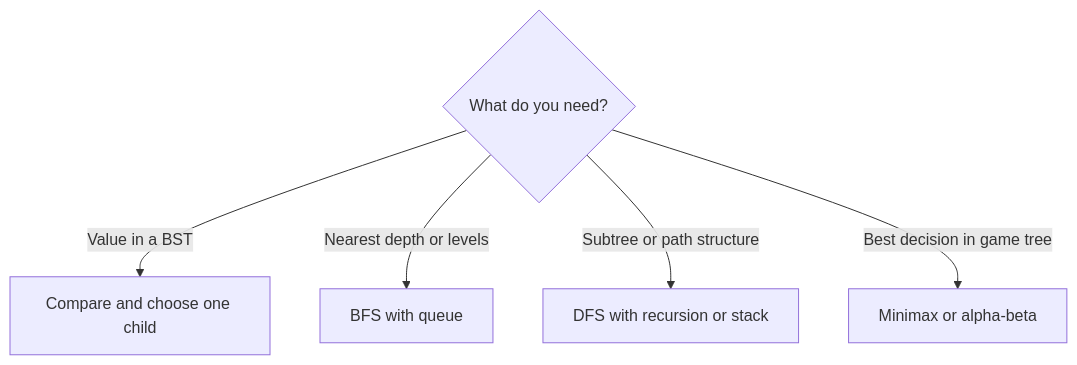
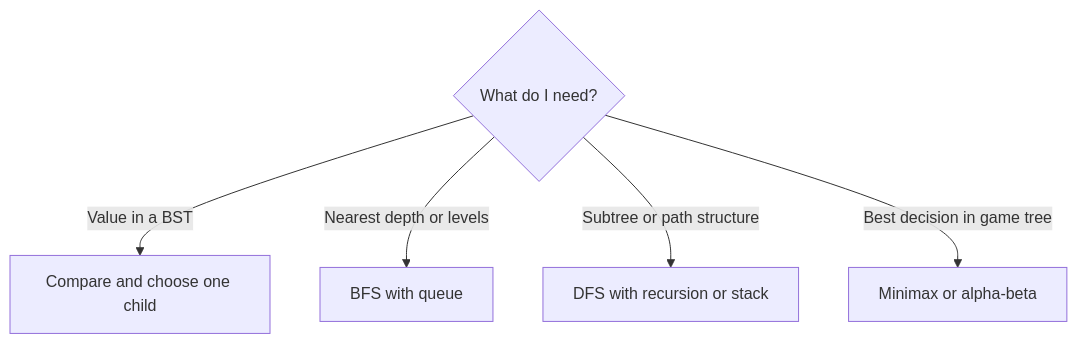
Before and after one commit to Valentina17varela/software-craftsmanship: the diagram in notes/algorithms/7.tree_search.md, drawn with Mermaid. The commit also changed other lines of this file and 33 other files, not shown here.

````diff
--- a/notes/algorithms/7.tree_search.md
+++ b/notes/algorithms/7.tree_search.md
@@ -7,8 +7,8 @@
 ```mermaid
 flowchart TD
-	A{What do you need?}
+	A{What do I need?}
 	A -->|Value in a BST| B[Compare and choose one child]
 	A -->|Nearest depth or levels| C[BFS with queue]
 	A -->|Subtree or path structure| D[DFS with recursion or stack]
 	A -->|Best decision in game tree| E[Minimax or alpha-beta]
 ```
````
